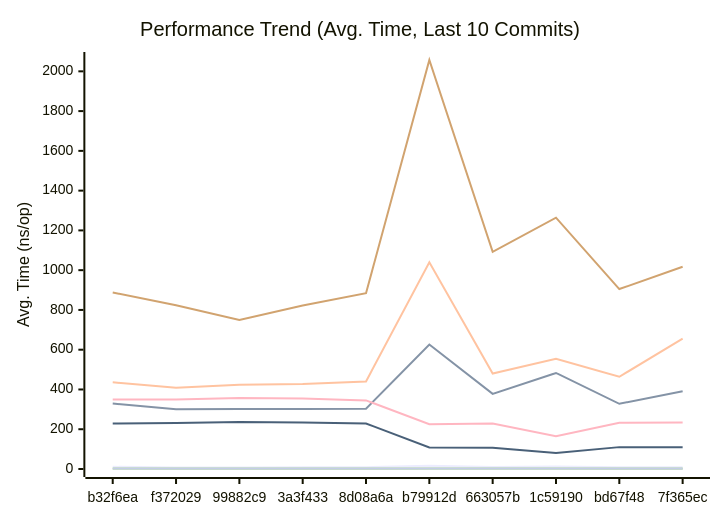
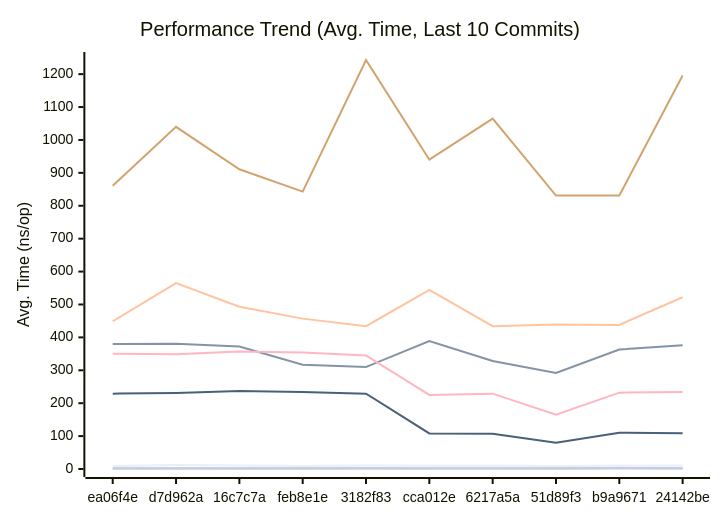
The first of 3 diagrams in docs/PERFORMANCE.md (alsotoes/momo), drawn with Mermaid before and after one commit. The commit also changed other lines of this file and 23 other files, not shown here.

````diff
--- a/docs/PERFORMANCE.md
+++ b/docs/PERFORMANCE.md
@@ -80,16 +80,16 @@
 ```mermaid
 xychart-beta
     title "Performance Trend (Avg. Time, Last 10 Commits)"
     x-axis "Commit"
     y-axis "Avg. Time (ns/op)"
-    x-axis [b32f6ea,f372029,99882c9,3a3f433,8d08a6a,b79912d,663057b,1c59190,bd67f48,7f365ec]
-    line "CheckMetricsAndSwap" [11,8,7,9,9,16,10,12,9,9]
-    line "CrushOptimized" [329,301,302,302,303,626,378,483,328,391]
-    line "CrushOriginal" [436,409,424,427,440,1040,480,554,464,656]
-    line "IndexDirectTracking" [1,0,0,0,0,1,1,1,0,0]
-    line "IndexSearch" [3,3,3,2,2,3,2,2,2,2]
-    line "LoadGlobalConfig" [888,824,749,822,884,2057,1092,1264,905,1017]
-    line "PadString" [2,2,2,2,2,3,3,3,2,3]
+    x-axis [ea06f4e,d7d962a,16c7c7a,feb8e1e,3182f83,cca012e,6217a5a,51d89f3,b9a9671,24142be]
+    line "CheckMetricsAndSwap" [9,12,11,9,11,10,10,9,10,11]
+    line "CrushOptimized" [380,381,372,317,310,389,328,292,363,376]
+    line "CrushOriginal" [449,565,493,457,434,544,434,439,438,522]
+    line "IndexDirectTracking" [0,0,0,0,0,0,0,0,1,0]
+    line "IndexSearch" [2,2,2,2,2,2,2,2,3,2]
+    line "LoadGlobalConfig" [861,1040,911,843,1243,940,1065,831,831,1196]
+    line "PadString" [2,2,2,2,3,2,2,2,3,3]
     line "ParseReplicationOrder_NoPrealloc" [350,349,357,354,345,225,229,165,232,234]
     line "ParseReplicationOrder_Prealloc" [229,231,237,234,229,108,107,80,110,109]
 ```
````
